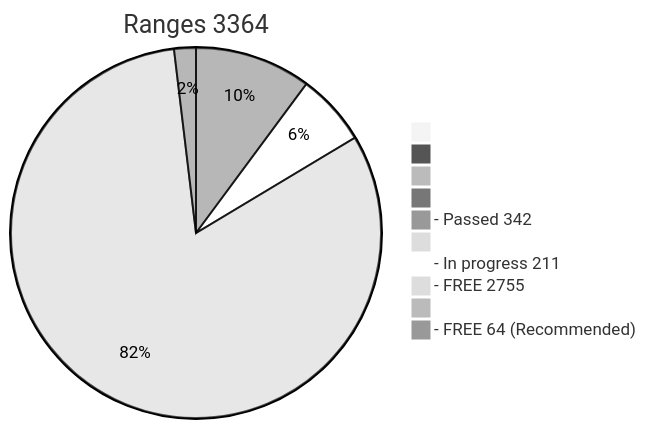
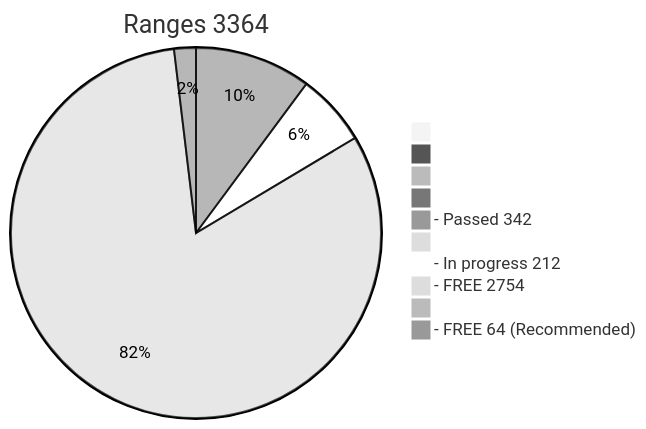
The diagram in x64/Release/table.md (phrutis/wif500), drawn with Mermaid (neutral theme) before and after one commit. The commit also changed other lines of this file, not shown here.

````diff
--- a/x64/Release/table.md
+++ b/x64/Release/table.md
@@ -2,13 +2,13 @@
 ```mermaid
 pie title Ranges 3364
   " " : 0
   "  " : 0
   "   " : 0
   "    " : 0
   "- Passed 342" : 342
   "     " : 0
-  "- In progress 211" : 211
-  "- FREE 2755" : 2755
+  "- In progress 212" : 212
+  "- FREE 2754" : 2754
   "      " : 0
   "- FREE 64 (Recommended)" : 64
 ```
````
